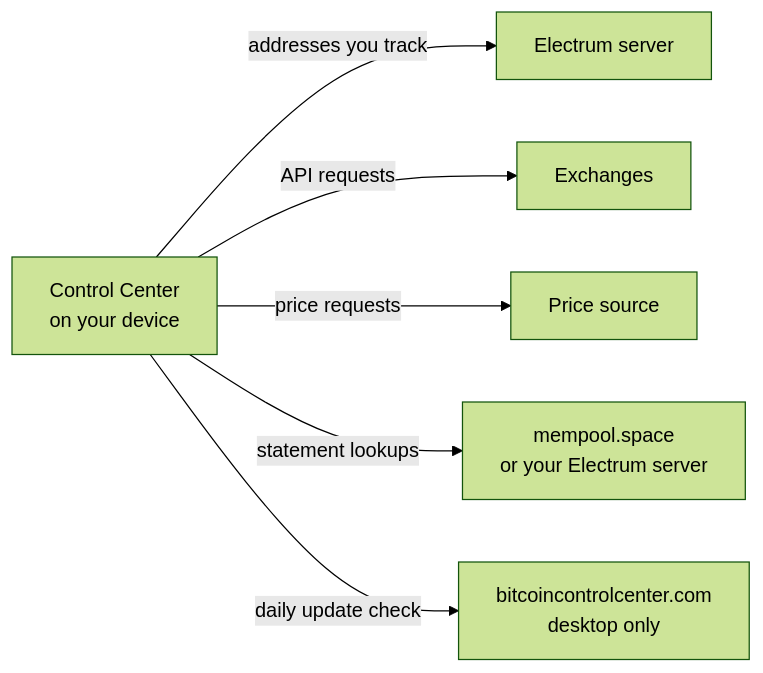
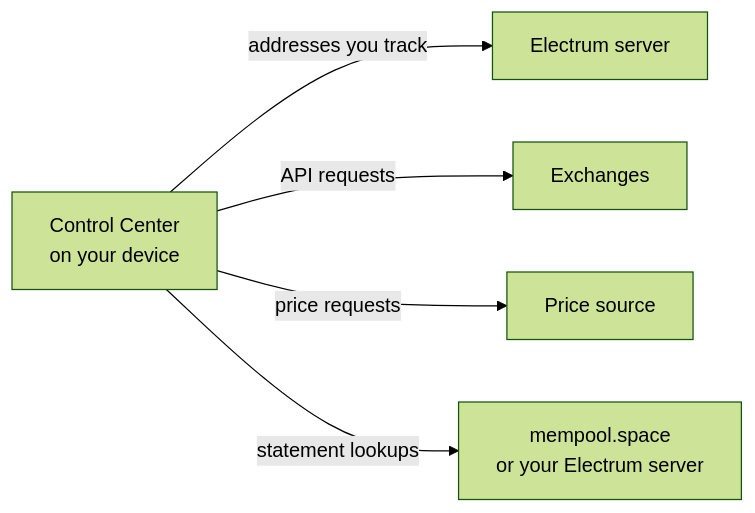
One commit to hoseki-inc/docs changed the diagram in privacy-security.mdx. Above: the diagram before and after it, drawn with Mermaid (forest theme). The commit also changed 1 other file, not shown here.

Commit message:
Explain multisig device limits and simplify the privacy diagram
Most wallets can't sign BIP-322 messages for multisig addresses, so
each key signs from its own address. That limits signing devices to
the four Control Center connects to.

````diff
--- a/privacy-security.mdx
+++ b/privacy-security.mdx
@@ -25,9 +25,8 @@
 ```mermaid
 flowchart LR
   CC["Control Center<br/>on your device"]
   CC -- "addresses you track" --> E["Electrum server"]
   CC -- "API requests" --> X["Exchanges"]
   CC -- "price requests" --> P["Price source"]
   CC -- "statement lookups" --> M["mempool.space<br/>or your Electrum server"]
-  CC -- "daily update check" --> W["bitcoincontrolcenter.com<br/>desktop only"]
 ```
````
